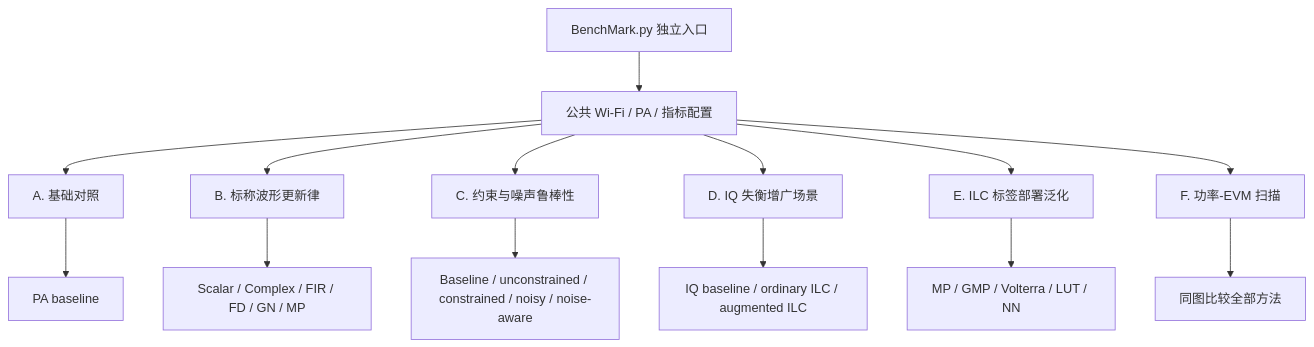
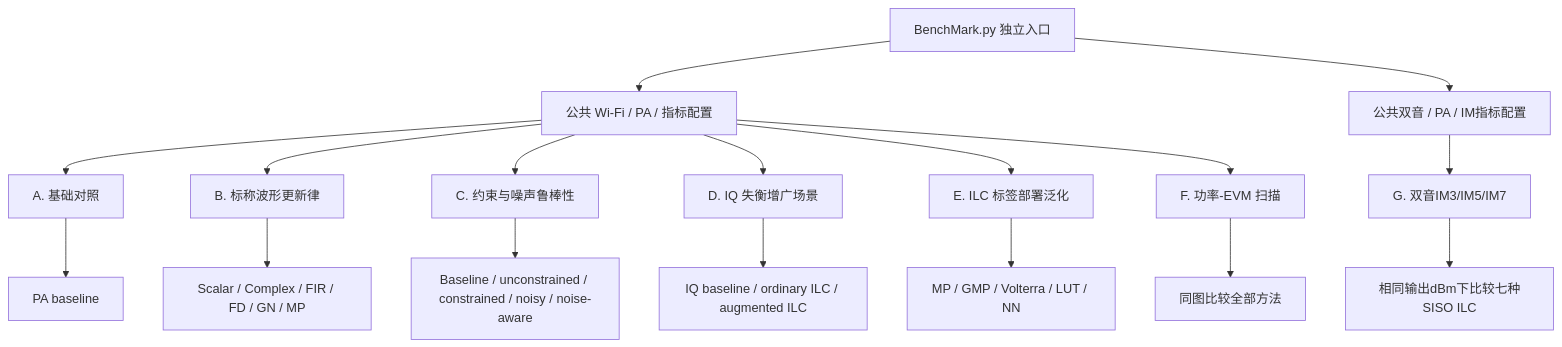
The first of 6 diagrams in doc/BenchMark.md (niyilu45/DPD_ILC), drawn with Mermaid before and after one commit. The commit also changed other lines of this file and 18 other files, not shown here.

````diff
--- a/doc/BenchMark.md
+++ b/doc/BenchMark.md
@@ -20,17 +20,20 @@
 ```mermaid
 flowchart TB
     entry["BenchMark.py 独立入口"] --> common["公共 Wi-Fi / PA / 指标配置"]
+    entry --> toneCommon["公共双音 / PA / IM指标配置"]
     common --> baseline["A. 基础对照"]
     common --> waveform["B. 标称波形更新律"]
     common --> robust["C. 约束与噪声鲁棒性"]
     common --> iq["D. IQ 失衡增广场景"]
     common --> deploy["E. ILC 标签部署泛化"]
     common --> power["F. 功率-EVM 扫描"]
+    toneCommon --> tone["G. 双音IM3/IM5/IM7"]
 
     baseline --> baselineResult["PA baseline"]
     waveform --> waveformResult["Scalar / Complex / FIR / FD / GN / MP"]
     robust --> robustResult["Baseline / unconstrained / constrained / noisy / noise-aware"]
     iq --> iqResult["IQ baseline / ordinary ILC / augmented ILC"]
     deploy --> deployResult["MP / GMP / Volterra / LUT / NN"]
     power --> powerResult["同图比较全部方法"]
+    tone --> toneResult["相同输出dBm下比较七种SISO ILC"]
 ```
````
